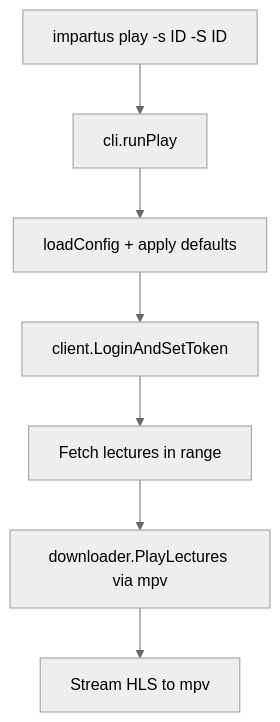
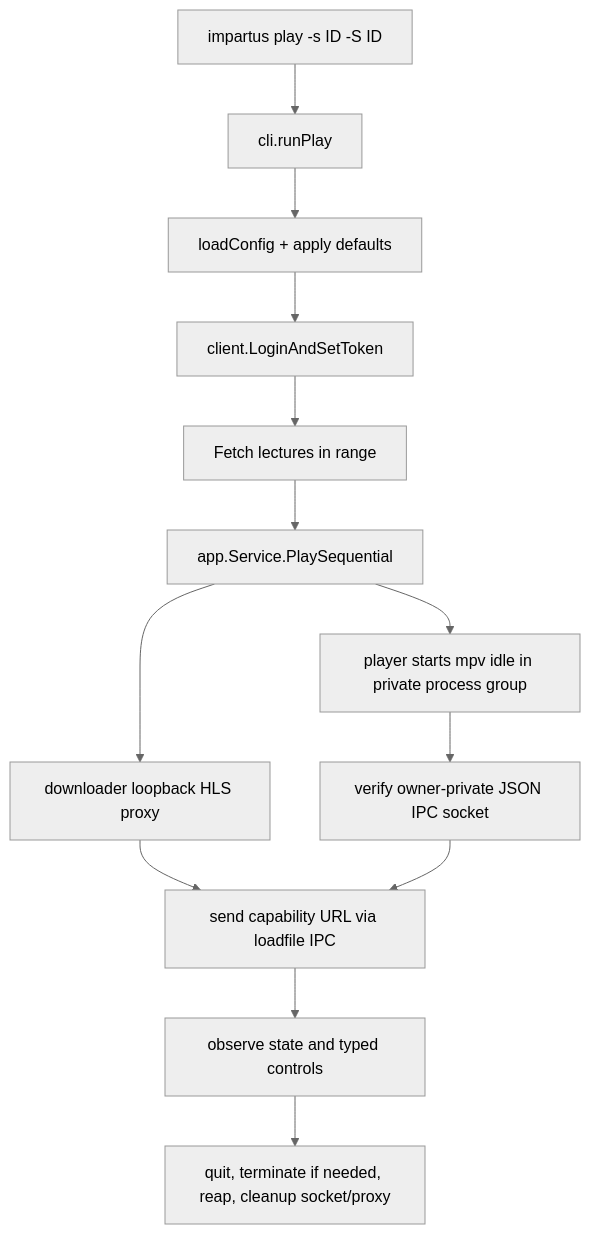
One commit to rabesss/impartus-cli changed the third of 5 diagrams in docs/architecture.md. Above: the diagram before and after it, drawn with Mermaid (neutral theme). The commit also changed other lines of this file and 23 other files, not shown here.

Commit message:
feat(cli): supervise mpv over private JSON IPC

````diff
--- a/docs/architecture.md
+++ b/docs/architecture.md
@@ -79,9 +83,15 @@
 ```mermaid
 flowchart TD
   A[impartus play -s ID -S ID] --> B[cli.runPlay]
   B --> C[loadConfig + apply defaults]
   C --> D[client.LoginAndSetToken]
   D --> E[Fetch lectures in range]
-  E --> F[downloader.PlayLectures via mpv]
-  F --> G[Stream HLS to mpv]
+  E --> F[app.Service.PlaySequential]
+  F --> G[downloader loopback HLS proxy]
+  F --> H[player starts mpv idle in private process group]
+  H --> I[verify owner-private JSON IPC socket]
+  G --> J[send capability URL via loadfile IPC]
+  I --> J
+  J --> K[observe state and typed controls]
+  K --> L[quit, terminate if needed, reap, cleanup socket/proxy]
 ```
````
